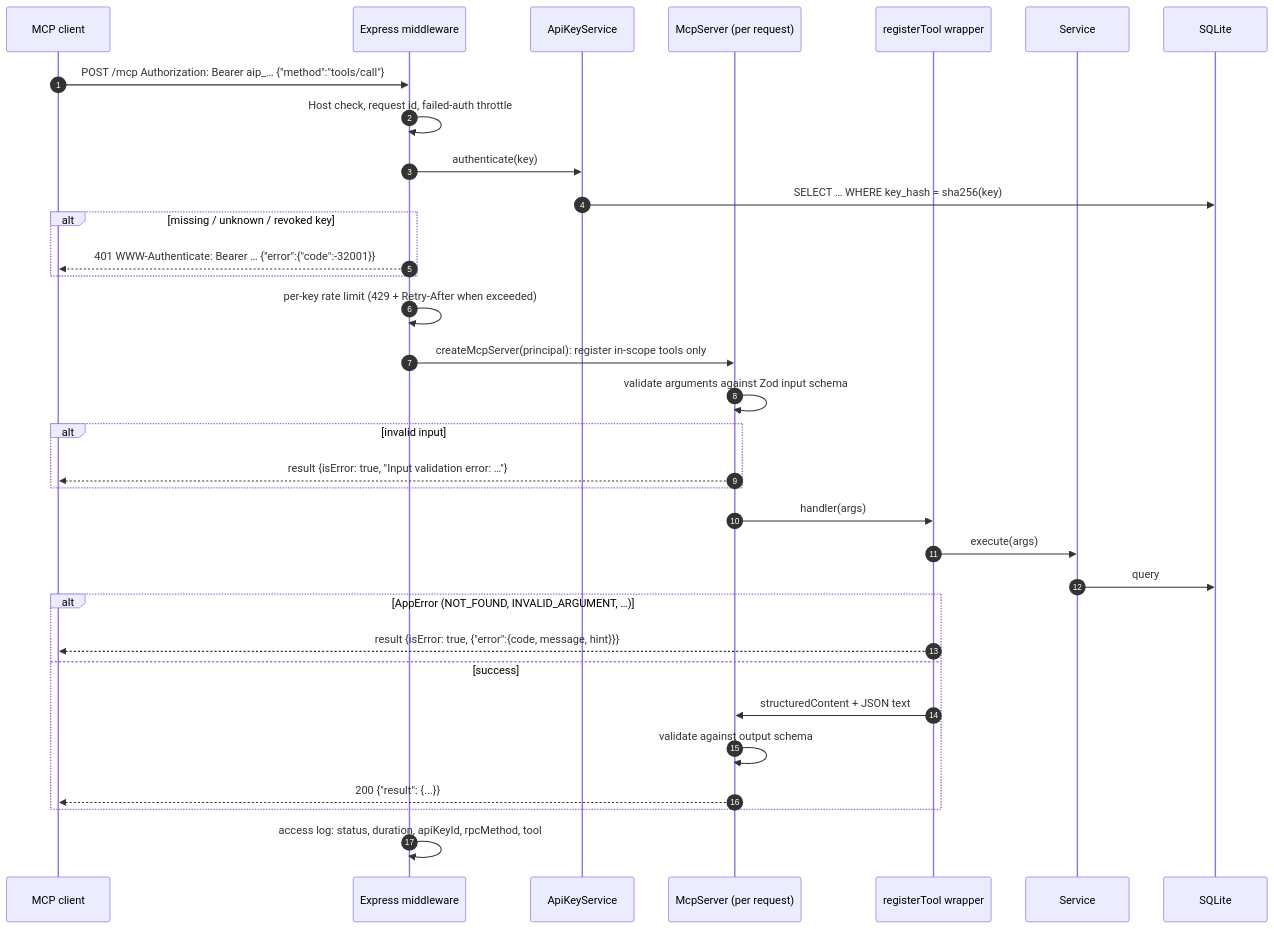
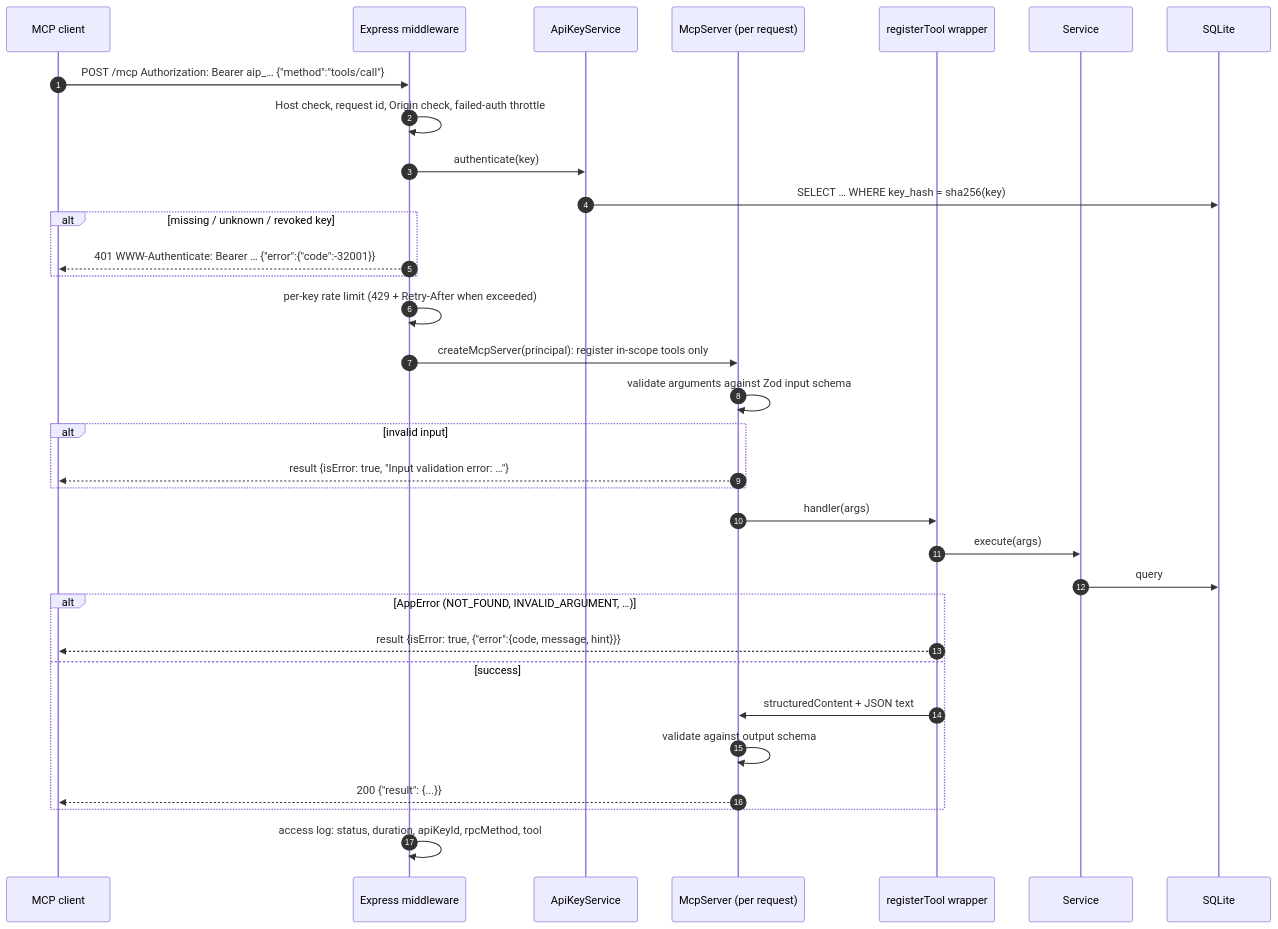
The second of 3 diagrams in docs/ARCHITECTURE.md (siddhant1/account-intelligence-mcp), drawn with Mermaid before and after one commit. The commit also changed other lines of this file and 58 other files, not shown here.

````diff
--- a/docs/ARCHITECTURE.md
+++ b/docs/ARCHITECTURE.md
@@ -79,36 +80,36 @@
 ```mermaid
 sequenceDiagram
   autonumber
   participant C as MCP client
   participant E as Express middleware
   participant K as ApiKeyService
   participant M as McpServer (per request)
   participant W as registerTool wrapper
   participant S as Service
   participant D as SQLite
 
   C->>E: POST /mcp  Authorization: Bearer aip_…  {"method":"tools/call"}
-  E->>E: Host check, request id, failed-auth throttle
+  E->>E: Host check, request id, Origin check, failed-auth throttle
   E->>K: authenticate(key)
   K->>D: SELECT … WHERE key_hash = sha256(key)
   alt missing / unknown / revoked key
     E-->>C: 401 WWW-Authenticate: Bearer … {"error":{"code":-32001}}
   end
   E->>E: per-key rate limit (429 + Retry-After when exceeded)
   E->>M: createMcpServer(principal): register in-scope tools only
   M->>M: validate arguments against Zod input schema
   alt invalid input
     M-->>C: result {isError: true, "Input validation error: …"}
   end
   M->>W: handler(args)
   W->>S: execute(args)
   S->>D: query
   alt AppError (NOT_FOUND, INVALID_ARGUMENT, …)
     W-->>C: result {isError: true, {"error":{code, message, hint}}}
   else success
     W->>M: structuredContent + JSON text
     M->>M: validate against output schema
     M-->>C: 200 {"result": {...}}
   end
   E->>E: access log: status, duration, apiKeyId, rpcMethod, tool
 ```
````
